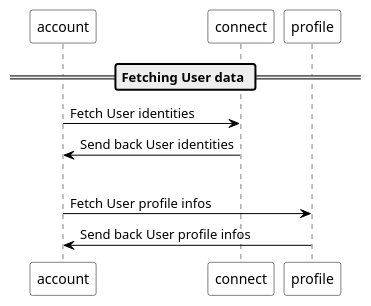
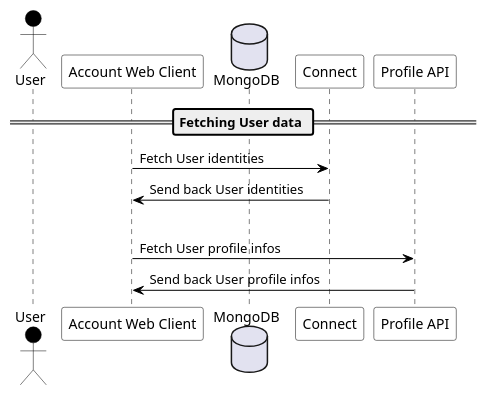
Before and after one commit to fewlinesco/connect-account: the third of 3 diagrams in doc/flows.puml, drawn with PlantUML. The commit also changed other lines of this file and 2 other files, not shown here.

```diff
--- a/doc/flows.puml
+++ b/doc/flows.puml
@@ -152,34 +184,41 @@
 @startuml
+
 skinparam NoteBackgroundColor #fff
 skinparam NoteBorderColor #000
 
 skinparam sequence {
 	ArrowColor #000
 	ActorBorderColor #000
 
 	LifeLineBorderColor #000
 	LifeLineBackgroundColor #000
 
 	ParticipantBorderColor #000
 	ParticipantBackgroundColor #fff
 	ParticipantFontColor #000
 
 	ActorBackgroundColor #000
 	ActorFontColor #000
 
         NoteBorderColor #000
 }
 
 skinparam roundcorner 5
 
+actor User                         as user
+participant "Account Web Client"   as account
+database MongoDB                   as mongo
+participant "Connect"              as connect
+participant "Profile API"          as profile
+
 == Fetching User data ==
 
 account -> connect : Fetch User identities
 connect -> account : Send back User identities
 
 opt
 
 account -> profile : Fetch User profile infos
 profile -> account : Send back User profile infos
 
 @enduml
```
